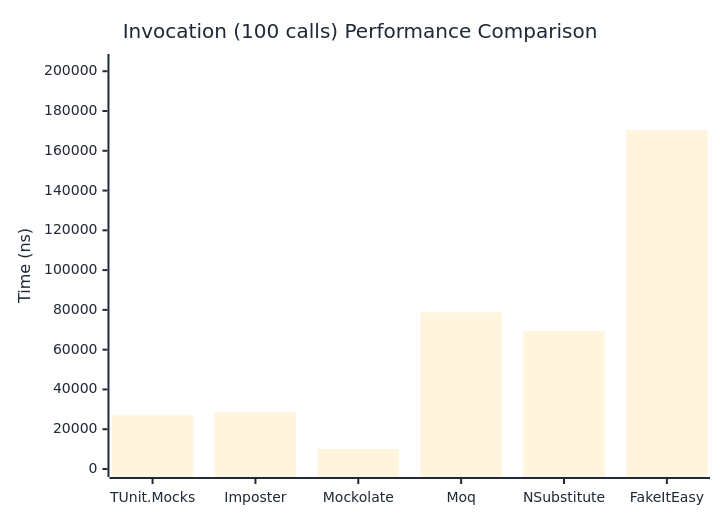
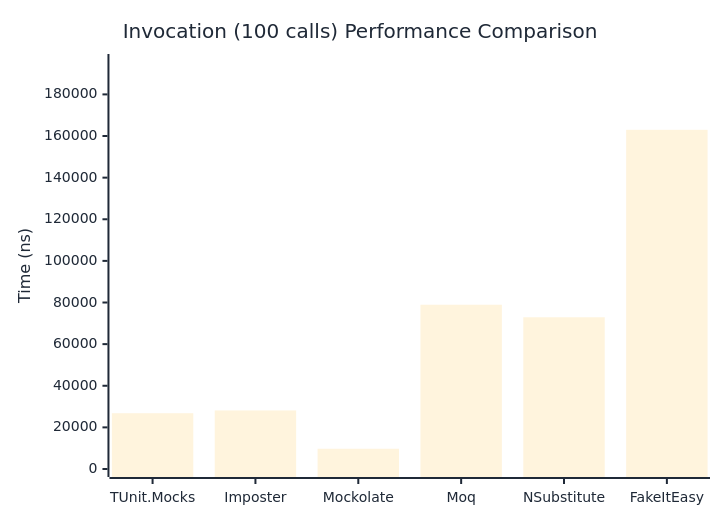
Before and after one commit to thomhurst/TUnit: the third of 3 diagrams in docs/docs/benchmarks/mocks/Invocation.md, drawn with Mermaid. The commit also changed other lines of this file and 14 other files, not shown here.

````diff
--- a/docs/docs/benchmarks/mocks/Invocation.md
+++ b/docs/docs/benchmarks/mocks/Invocation.md
@@ -112,27 +112,27 @@
 ```mermaid
 %%{init: {
   'theme':'base',
   'themeVariables': {
     'primaryColor': '#2563eb',
     'primaryTextColor': '#1f2937',
     'primaryBorderColor': '#1e40af',
     'lineColor': '#6b7280',
     'secondaryColor': '#7c3aed',
     'tertiaryColor': '#dc2626',
     'background': '#ffffff',
     'pie1': '#2563eb',
     'pie2': '#7c3aed',
     'pie3': '#dc2626',
     'pie4': '#f59e0b',
     'pie5': '#10b981',
     'pie6': '#06b6d4',
     'pie7': '#ec4899',
     'pie8': '#6366f1'
   }
 }}%%
 xychart-beta
   title "Invocation (100 calls) Performance Comparison"
   x-axis ["TUnit.Mocks", "Imposter", "Mockolate", "Moq", "NSubstitute", "FakeItEasy"]
-  y-axis "Time (ns)" 0 --> 204637
-  bar [26953.44, 28649.75, 10090.5, 78753.53, 69309.45, 170530.15]
+  y-axis "Time (ns)" 0 --> 195568
+  bar [26806.42, 28140.2, 9731.23, 78935.73, 72911.31, 162973.07]
 ```
````
